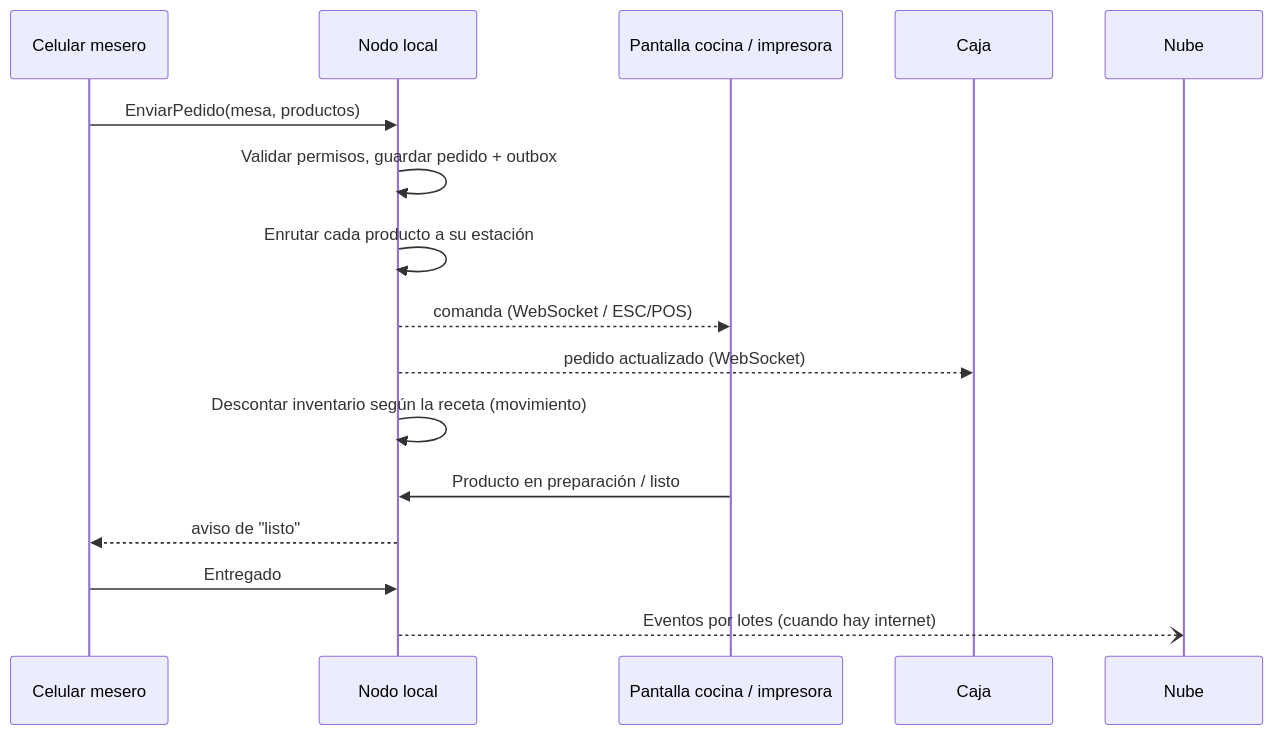
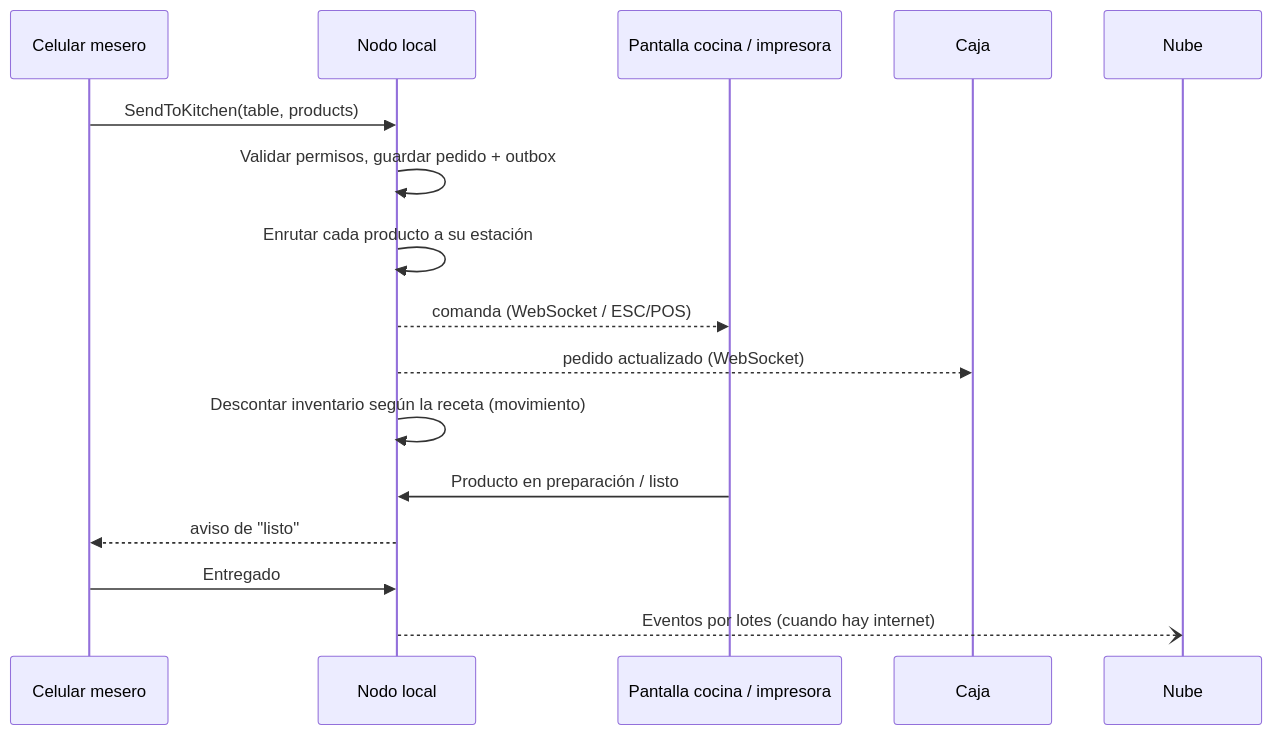
Before and after one commit to CesarJOtizM/blackHole: the third of 6 diagrams in docs/trd/TRD-00-arquitectura-base.md, drawn with Mermaid. The commit also changed other lines of this file and 159 other files, not shown here.

````diff
--- a/docs/trd/TRD-00-arquitectura-base.md
+++ b/docs/trd/TRD-00-arquitectura-base.md
@@ -255,19 +260,19 @@
 ```mermaid
 sequenceDiagram
     participant Mesero as Celular mesero
     participant Nodo as Nodo local
     participant Cocina as Pantalla cocina / impresora
     participant Caja as Caja
     participant Nube
 
-    Mesero->>Nodo: EnviarPedido(mesa, productos)
+    Mesero->>Nodo: SendToKitchen(table, products)
     Nodo->>Nodo: Validar permisos, guardar pedido + outbox
     Nodo->>Nodo: Enrutar cada producto a su estación
     Nodo-->>Cocina: comanda (WebSocket / ESC/POS)
     Nodo-->>Caja: pedido actualizado (WebSocket)
     Nodo->>Nodo: Descontar inventario según la receta (movimiento)
     Cocina->>Nodo: Producto en preparación / listo
     Nodo-->>Mesero: aviso de "listo"
     Mesero->>Nodo: Entregado
     Nodo--)Nube: Eventos por lotes (cuando hay internet)
 ```
````
